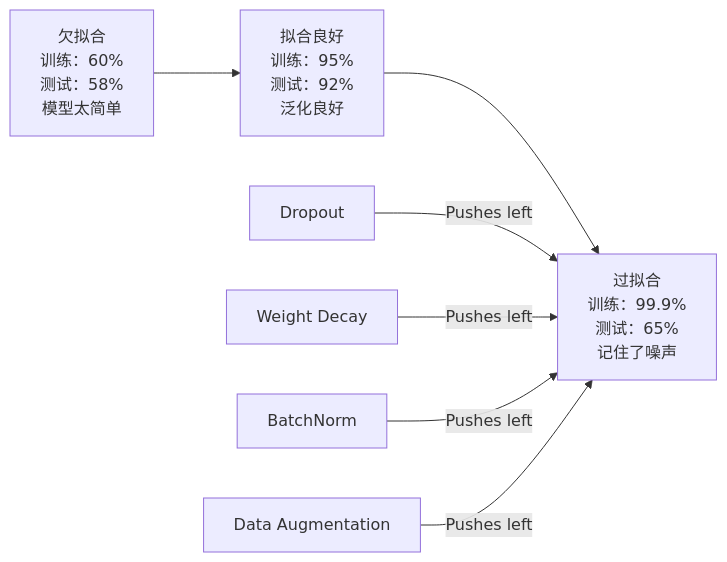
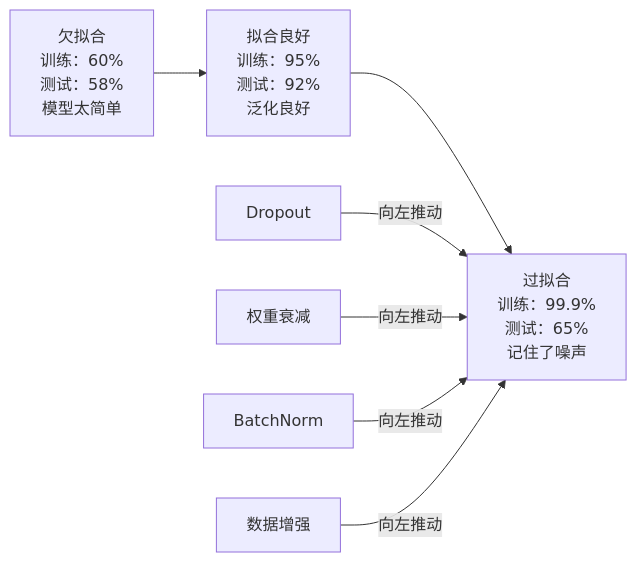
Before and after one commit to omigaZen/ai-engineering-from-scratch: the first of 3 diagrams in phases/03-deep-learning-core/07-regularization/docs/zh.md, drawn with Mermaid. The commit also changed other lines of this file, not shown here.

````diff
--- a/phases/03-deep-learning-core/07-regularization/docs/zh.md
+++ b/phases/03-deep-learning-core/07-regularization/docs/zh.md
@@ -29,10 +29,10 @@
 ```mermaid
 graph LR
     Under["欠拟合<br/>训练：60%<br/>测试：58%<br/>模型太简单"] --> Good["拟合良好<br/>训练：95%<br/>测试：92%<br/>泛化良好"]
     Good --> Over["过拟合<br/>训练：99.9%<br/>测试：65%<br/>记住了噪声"]
 
-    Dropout["Dropout"] -->|"Pushes left"| Over
-    WD["Weight Decay"] -->|"Pushes left"| Over
-    BN["BatchNorm"] -->|"Pushes left"| Over
-    Aug["Data Augmentation"] -->|"Pushes left"| Over
+    Dropout["Dropout"] -->|"向左推动"| Over
+    WD["权重衰减"] -->|"向左推动"| Over
+    BN["BatchNorm"] -->|"向左推动"| Over
+    Aug["数据增强"] -->|"向左推动"| Over
 ```
````
